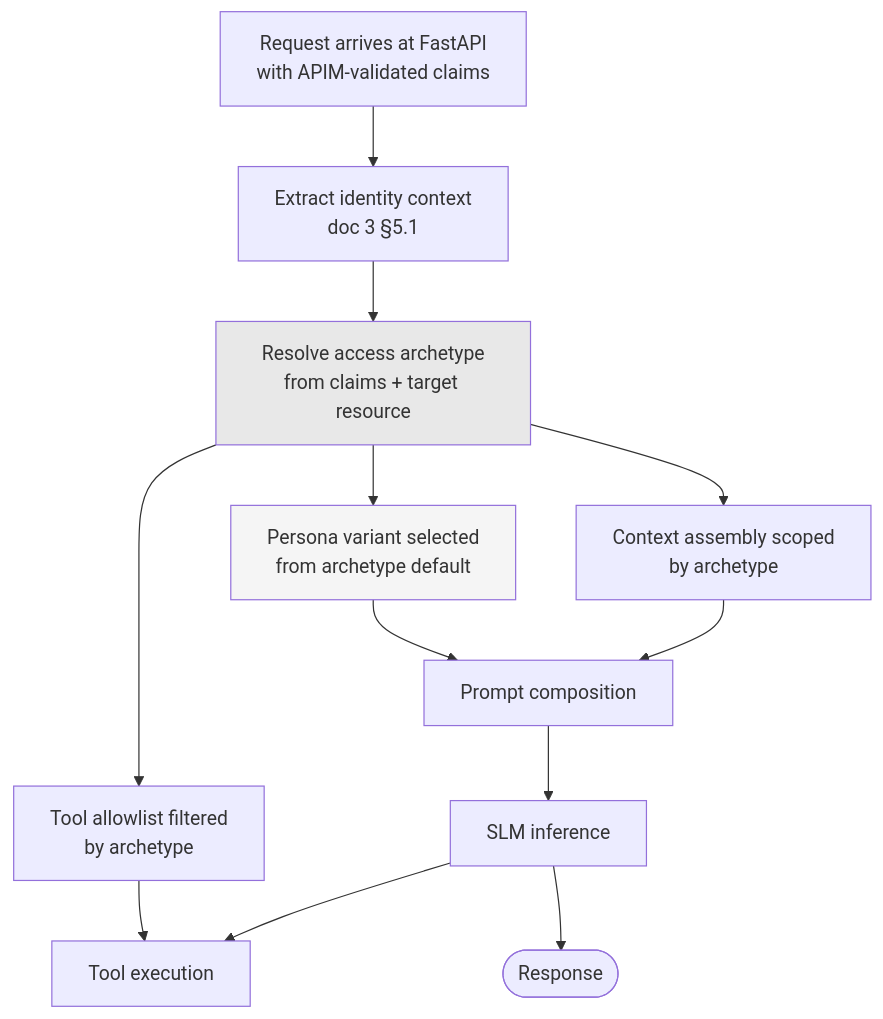
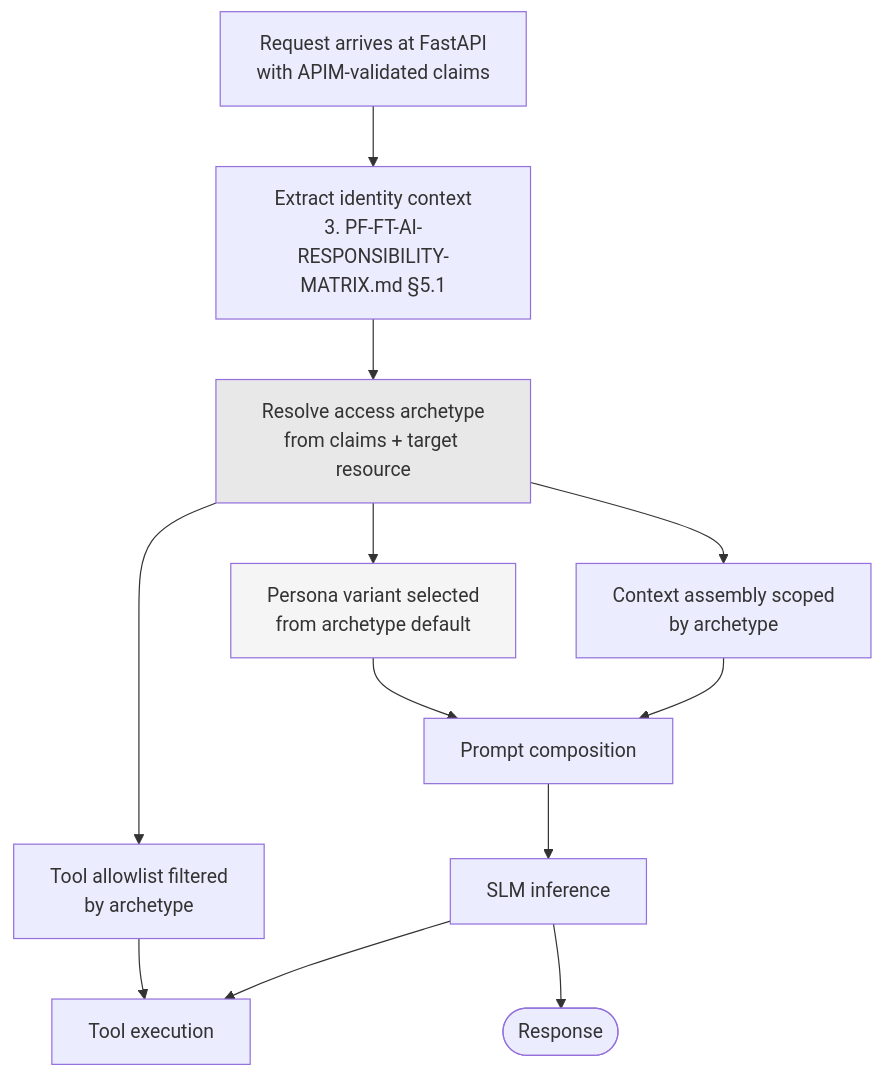
The diagram in docs/architecture/adr/01-business-architecture/ADR-D1-07-persona-model-and-access-archetypes.md (gobimca87/PF-FT), drawn with Mermaid before and after one commit. The commit also changed other lines of this file and 143 other files, not shown here.

````diff
--- a/docs/architecture/adr/01-business-architecture/ADR-D1-07-persona-model-and-access-archetypes.md
+++ b/docs/architecture/adr/01-business-architecture/ADR-D1-07-persona-model-and-access-archetypes.md
@@ -318,17 +318,17 @@
 ```mermaid
 flowchart TD
-    A[Request arrives at FastAPI<br/>with APIM-validated claims] --> B[Extract identity context<br/>doc 3 §5.1]
+    A[Request arrives at FastAPI<br/>with APIM-validated claims] --> B[Extract identity context<br/>3. PF-FT-AI-RESPONSIBILITY-MATRIX.md §5.1]
     B --> C[Resolve access archetype<br/>from claims + target resource]
     C --> D[Context assembly scoped<br/>by archetype]
     C --> E[Tool allowlist filtered<br/>by archetype]
     C --> F[Persona variant selected<br/>from archetype default]
     F --> G[Prompt composition]
     D --> G
     E --> H[Tool execution]
     G --> I[SLM inference]
     I --> H
     I --> J([Response])
 
     style C fill:#e8e8e8
     style F fill:#f5f5f5
 ```
````
